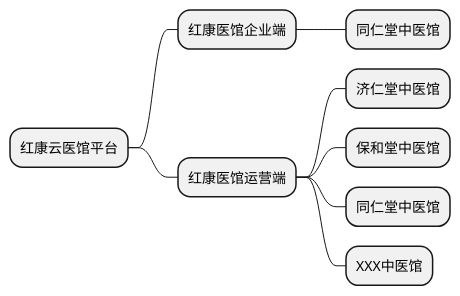
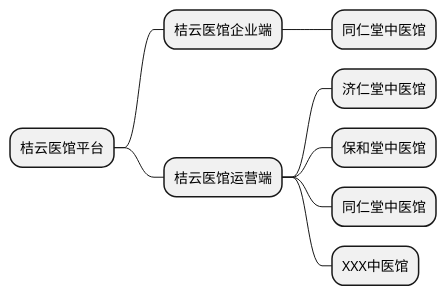
The second of 3 diagrams in src/main/asciidoc/index000.adoc (ab-shangzhou/medicine-museum), drawn with PlantUML before and after one commit. The commit also changed other lines of this file and 8 other files, not shown here.

Commit message:
添加医馆、药房、库房关系图

```diff
--- a/src/main/asciidoc/index000.adoc
+++ b/src/main/asciidoc/index000.adoc
@@ -27,13 +27,13 @@
 [plantuml, diagram01, png]
 ....
 @startmindmap
-* 红康云医馆平台
-** 红康医馆企业端
+* 桔云医馆平台
+** 桔云医馆企业端
 *** 同仁堂中医馆
-** 红康医馆运营端
+** 桔云医馆运营端
 *** 济仁堂中医馆
 *** 保和堂中医馆
 *** 同仁堂中医馆
 *** XXX中医馆
 @endmindmap
 ....
```
